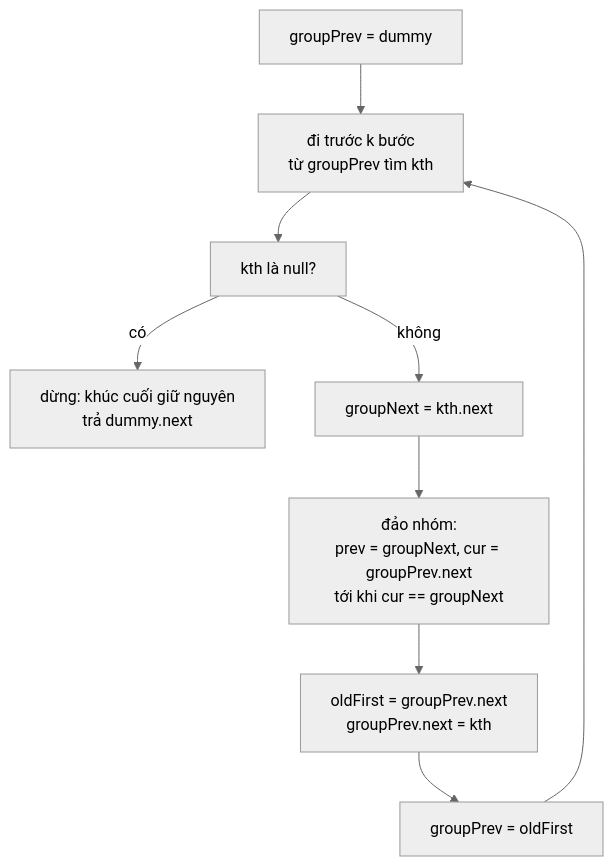
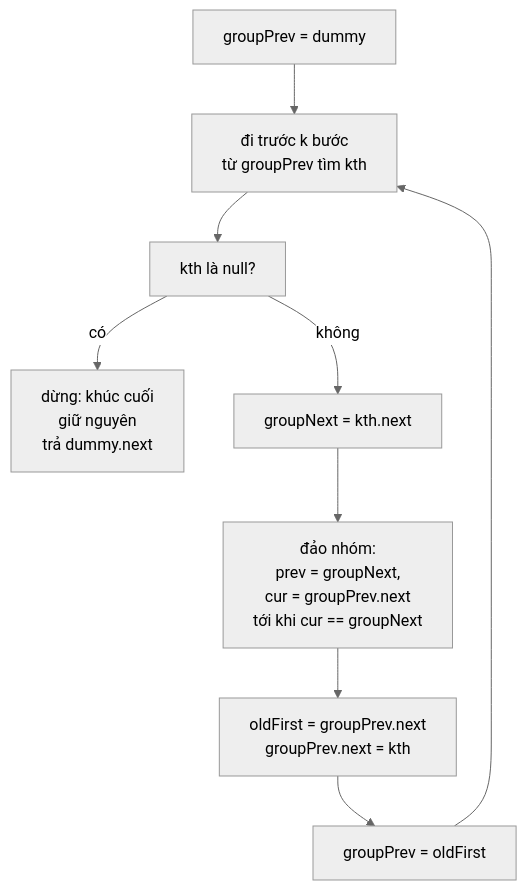
One commit to duongbui234/software-engineering-atlas changed the diagram in content/problems/reverse-nodes-in-k-group.md. Above: the diagram before and after it, drawn with Mermaid (neutral theme). The commit also changed 134 other files, not shown here.

First line of the commit message:
Fit every Mermaid diagram at 390px without sideways scroll (#56)

````diff
--- a/content/problems/reverse-nodes-in-k-group.md
+++ b/content/problems/reverse-nodes-in-k-group.md
@@ -53,11 +53,11 @@
 ```mermaid
 flowchart TB
   S["groupPrev = dummy"] --> C["đi trước k bước<br/>từ groupPrev tìm kth"]
   C --> Q["kth là null?"]
-  Q -->|"có"| E["dừng: khúc cuối giữ nguyên<br/>trả dummy.next"]
+  Q -->|"có"| E["dừng: khúc cuối<br/>giữ nguyên<br/>trả dummy.next"]
   Q -->|"không"| N["groupNext = kth.next"]
-  N --> R["đảo nhóm:<br/>prev = groupNext, cur = groupPrev.next<br/>tới khi cur == groupNext"]
+  N --> R["đảo nhóm:<br/>prev = groupNext,<br/>cur = groupPrev.next<br/>tới khi cur == groupNext"]
   R --> J["oldFirst = groupPrev.next<br/>groupPrev.next = kth"]
   J --> M["groupPrev = oldFirst"]
   M --> C
 ```
````
